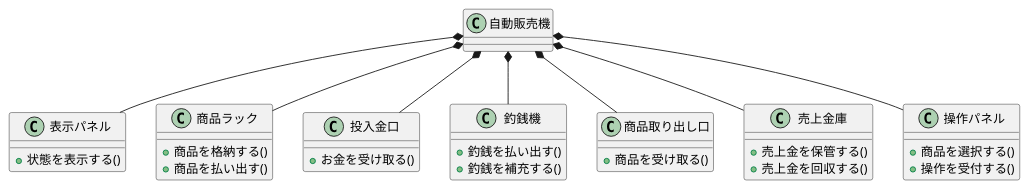
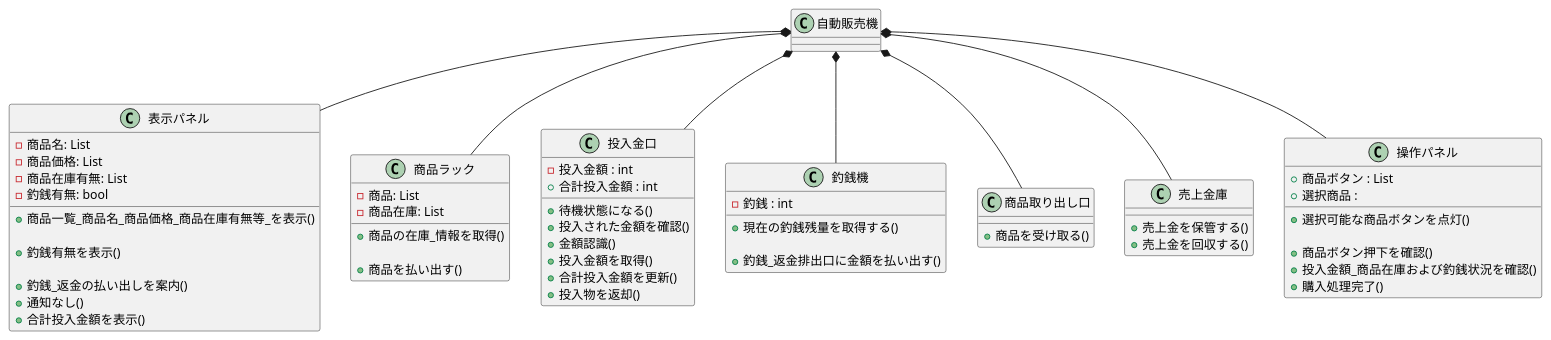
Before and after one commit to masaki-kato-119/VendingMachine: the diagram in システム構成図/自動販売機_システム構成図.wsd, drawn with PlantUML. The commit also changed 11 other files, not shown here.

Commit message:
Add sequence diagrams to verify functionality

```diff
--- a/システム構成図/自動販売機_システム構成図.wsd
+++ b/システム構成図/自動販売機_システム構成図.wsd
@@ -1,47 +1,74 @@
 @startuml
 ' 自動販売機のハードウェア構成をコンポジット集約で表現
 
 class 自動販売機 {
 }
 
 class 表示パネル {
-    +状態を表示する()
+    -商品名: List
+    -商品価格: List
+    -商品在庫有無: List
+    -釣銭有無: bool
+    +商品一覧_商品名_商品価格_商品在庫有無等_を表示()
+
+    +釣銭有無を表示()
+
+    +釣銭_返金の払い出しを案内()
+    +通知なし()
+    +合計投入金額を表示()
 }
 
 class 商品ラック {
-    +商品を格納する()
+    -商品: List
+    -商品在庫: List
+    +商品の在庫_情報を取得()
+
     +商品を払い出す()
 }
 
 class 投入金口 {
-    +お金を受け取る()
+    -投入金額 : int
+    +合計投入金額 : int
+    +待機状態になる()
+    +投入された金額を確認()
+    +金額認識()
+    +投入金額を取得()
+    +合計投入金額を更新()
+    +投入物を返却()
 }
 
 class 釣銭機 {
-    +釣銭を払い出す()
-    +釣銭を補充する()
+    -釣銭 : int
+    +現在の釣銭残量を取得する()
+
+    +釣銭_返金排出口に金額を払い出す()
 }
 
 class 商品取り出し口 {
     +商品を受け取る()
 }
 
 class 売上金庫 {
     +売上金を保管する()
     +売上金を回収する()
 }
 
 class 操作パネル {
-    +商品を選択する()
-    +操作を受付する()
+    +商品ボタン : List
+    +選択商品 : 
+    +選択可能な商品ボタンを点灯()
+
+    +商品ボタン押下を確認()
+    +投入金額_商品在庫および釣銭状況を確認()
+    +購入処理完了()
 }
 
 自動販売機 *-- 表示パネル
 自動販売機 *-- 商品ラック
 自動販売機 *-- 投入金口
 自動販売機 *-- 釣銭機
 自動販売機 *-- 商品取り出し口
 自動販売機 *-- 売上金庫
 自動販売機 *-- 操作パネル
 
 @enduml
```
